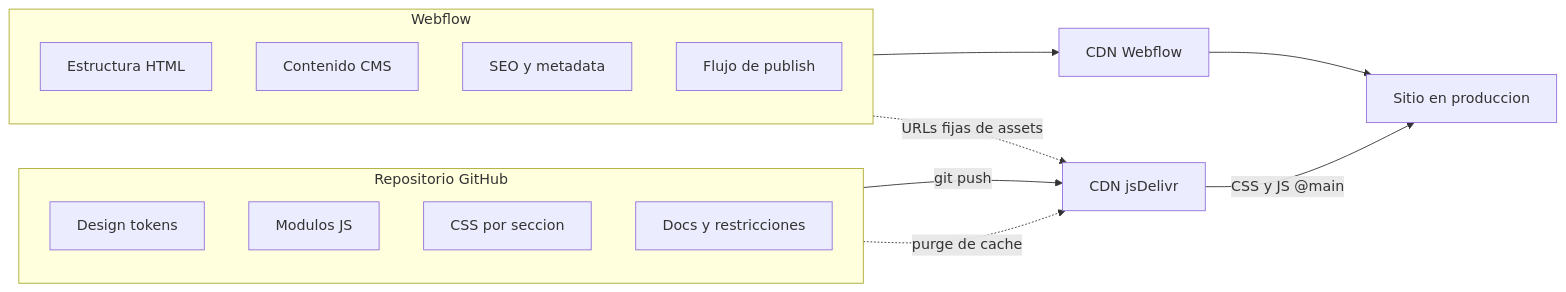
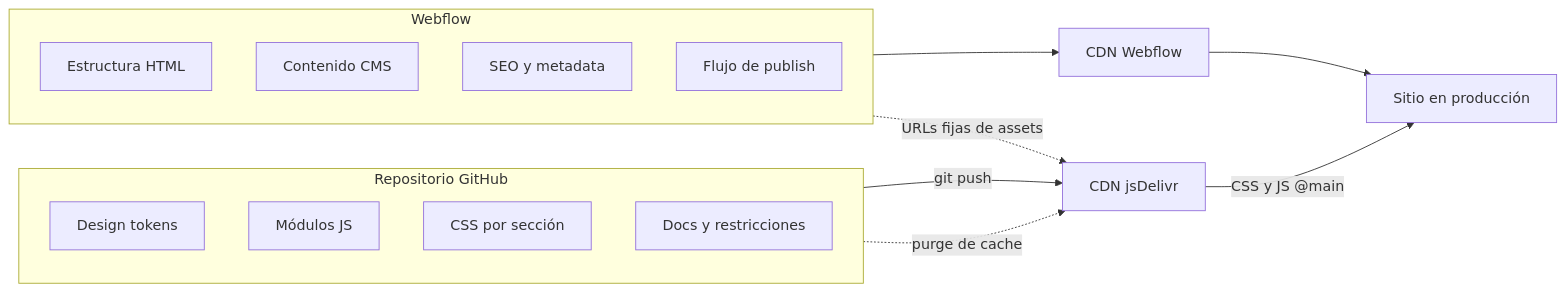
The first of 2 diagrams in apps/web/src/content/projects/atom-webflow-es.md (karenrebecag/Portfolio2026), drawn with Mermaid before and after one commit. The commit also changed other lines of this file and 33 other files, not shown here.

````diff
--- a/apps/web/src/content/projects/atom-webflow-es.md
+++ b/apps/web/src/content/projects/atom-webflow-es.md
@@ -27,28 +30,28 @@
 ```mermaid Arquitectura de control dual
 flowchart LR
   subgraph WF["Webflow"]
     direction TB
     WF1["Estructura HTML"]
     WF2["Contenido CMS"]
     WF3["SEO y metadata"]
     WF4["Flujo de publish"]
   end
 
   subgraph GIT["Repositorio GitHub"]
     direction TB
     G1["Design tokens"]
-    G2["Modulos JS"]
-    G3["CSS por seccion"]
+    G2["Módulos JS"]
+    G3["CSS por sección"]
     G4["Docs y restricciones"]
   end
 
   JSD["CDN jsDelivr"]
-  SITE["Sitio en produccion"]
+  SITE["Sitio en producción"]
 
   WF --> WFC["CDN Webflow"]
   WFC --> SITE
   GIT -->|"git push"| JSD
   JSD -->|"CSS y JS @main"| SITE
   WF -.->|"URLs fijas de assets"| JSD
   GIT -.->|"purge de cache"| JSD
 ```
````
